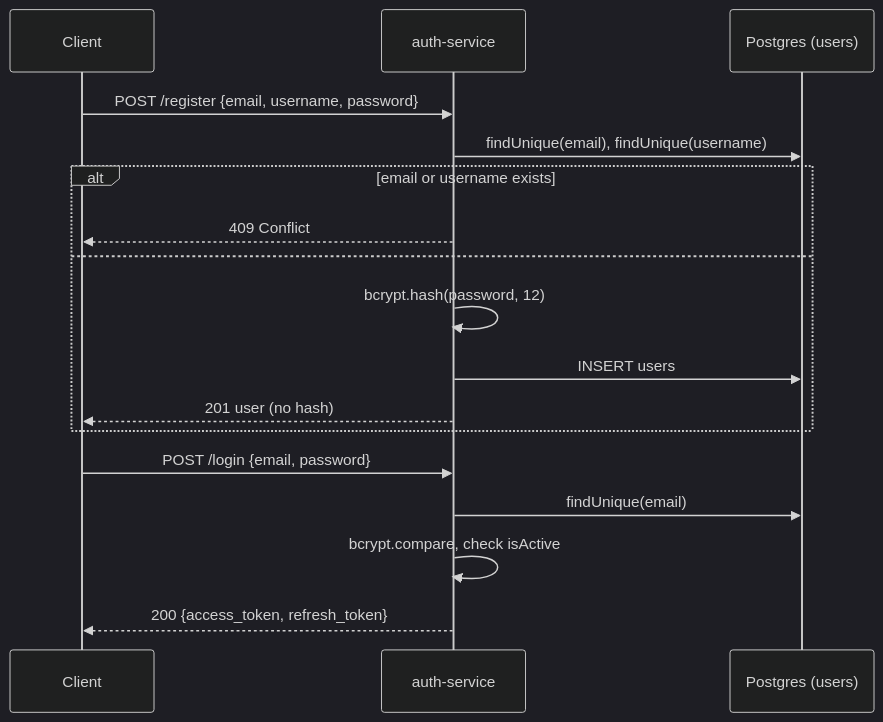
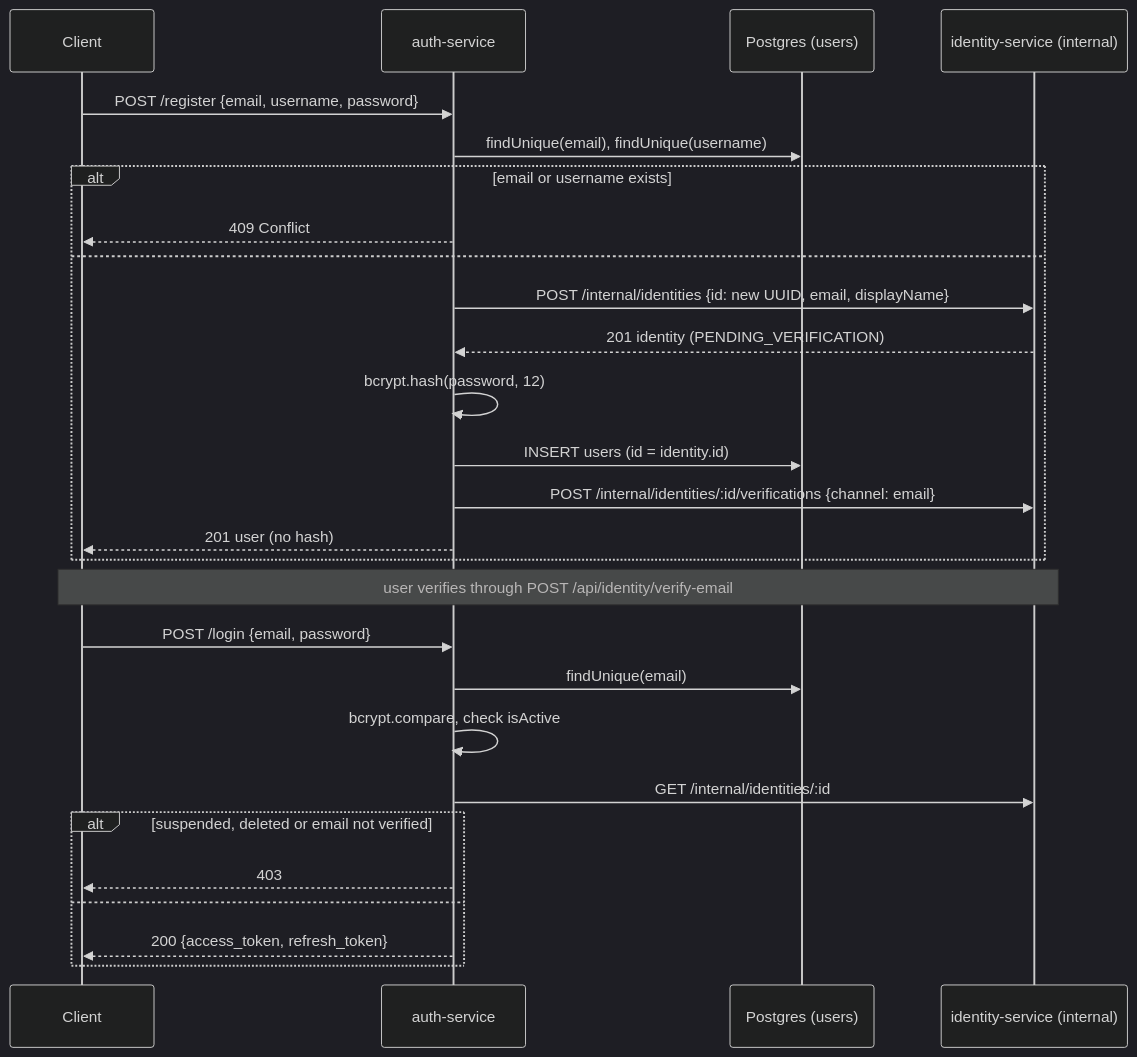
Before and after one commit to master-node1/the-aura-lab: the third of 4 diagrams in services/auth-service/README.md, drawn with Mermaid (dark theme). The commit also changed other lines of this file and 31 other files, not shown here.

````diff
--- a/services/auth-service/README.md
+++ b/services/auth-service/README.md
@@ -208,19 +222,29 @@
 ```mermaid
 sequenceDiagram
     participant C as Client
     participant A as auth-service
     participant DB as Postgres (users)
+    participant I as identity-service (internal)
     C->>A: POST /register {email, username, password}
     A->>DB: findUnique(email), findUnique(username)
     alt email or username exists
         A-->>C: 409 Conflict
     else
+        A->>I: POST /internal/identities {id: new UUID, email, displayName}
+        I-->>A: 201 identity (PENDING_VERIFICATION)
         A->>A: bcrypt.hash(password, 12)
-        A->>DB: INSERT users
+        A->>DB: INSERT users (id = identity.id)
+        A->>I: POST /internal/identities/:id/verifications {channel: email}
         A-->>C: 201 user (no hash)
     end
+    Note over C,I: user verifies through POST /api/identity/verify-email
     C->>A: POST /login {email, password}
     A->>DB: findUnique(email)
     A->>A: bcrypt.compare, check isActive
-    A-->>C: 200 {access_token, refresh_token}
+    A->>I: GET /internal/identities/:id
+    alt suspended, deleted or email not verified
+        A-->>C: 403
+    else
+        A-->>C: 200 {access_token, refresh_token}
+    end
 ```
````
